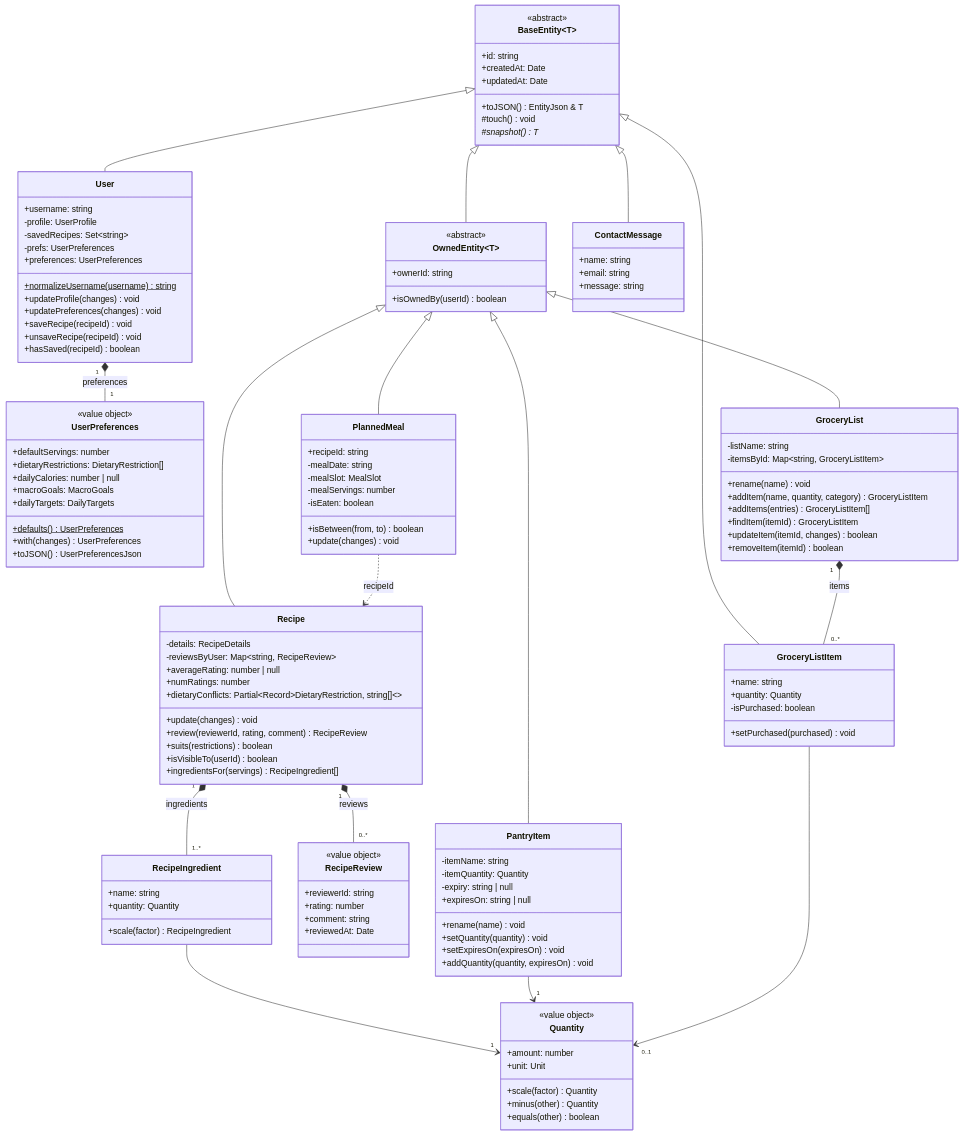
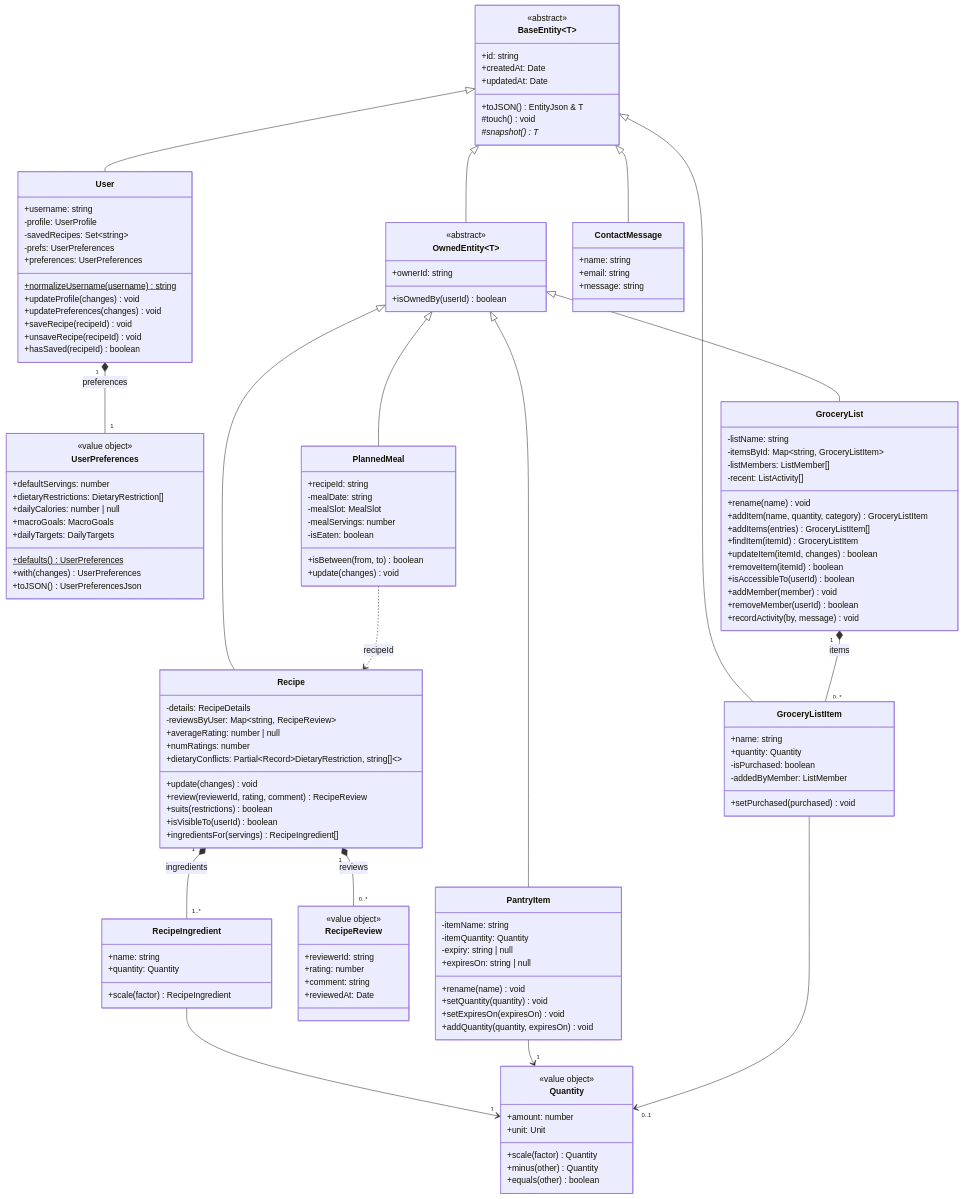
The second of 2 diagrams in docs/DESIGN.md (max1dyer/PlateUp), drawn with Mermaid before and after one commit. The commit also changed other lines of this file and 19 other files, not shown here.

```diff
--- a/docs/DESIGN.md
+++ b/docs/DESIGN.md
@@ -200,17 +202,24 @@
   class GroceryList {
     -listName: string
     -itemsById: Map~string, GroceryListItem~
+    -listMembers: ListMember[]
+    -recent: ListActivity[]
     +rename(name) void
     +addItem(name, quantity, category) GroceryListItem
     +addItems(entries) GroceryListItem[]
     +findItem(itemId) GroceryListItem
     +updateItem(itemId, changes) boolean
     +removeItem(itemId) boolean
+    +isAccessibleTo(userId) boolean
+    +addMember(member) void
+    +removeMember(userId) boolean
+    +recordActivity(by, message) void
   }
   class GroceryListItem {
     +name: string
     +quantity: Quantity
     -isPurchased: boolean
+    -addedByMember: ListMember
     +setPurchased(purchased) void
   }
   class ContactMessage {
```
